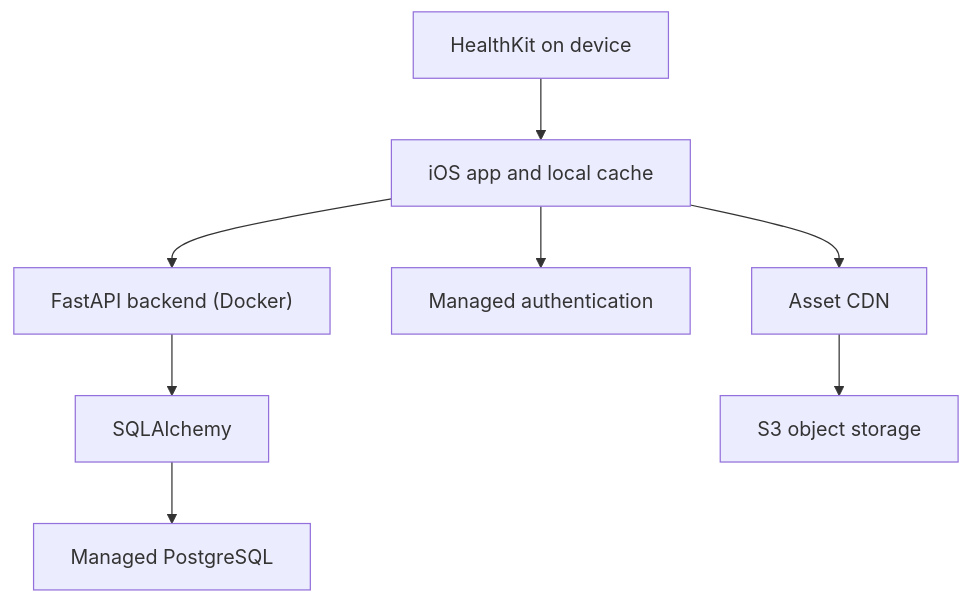
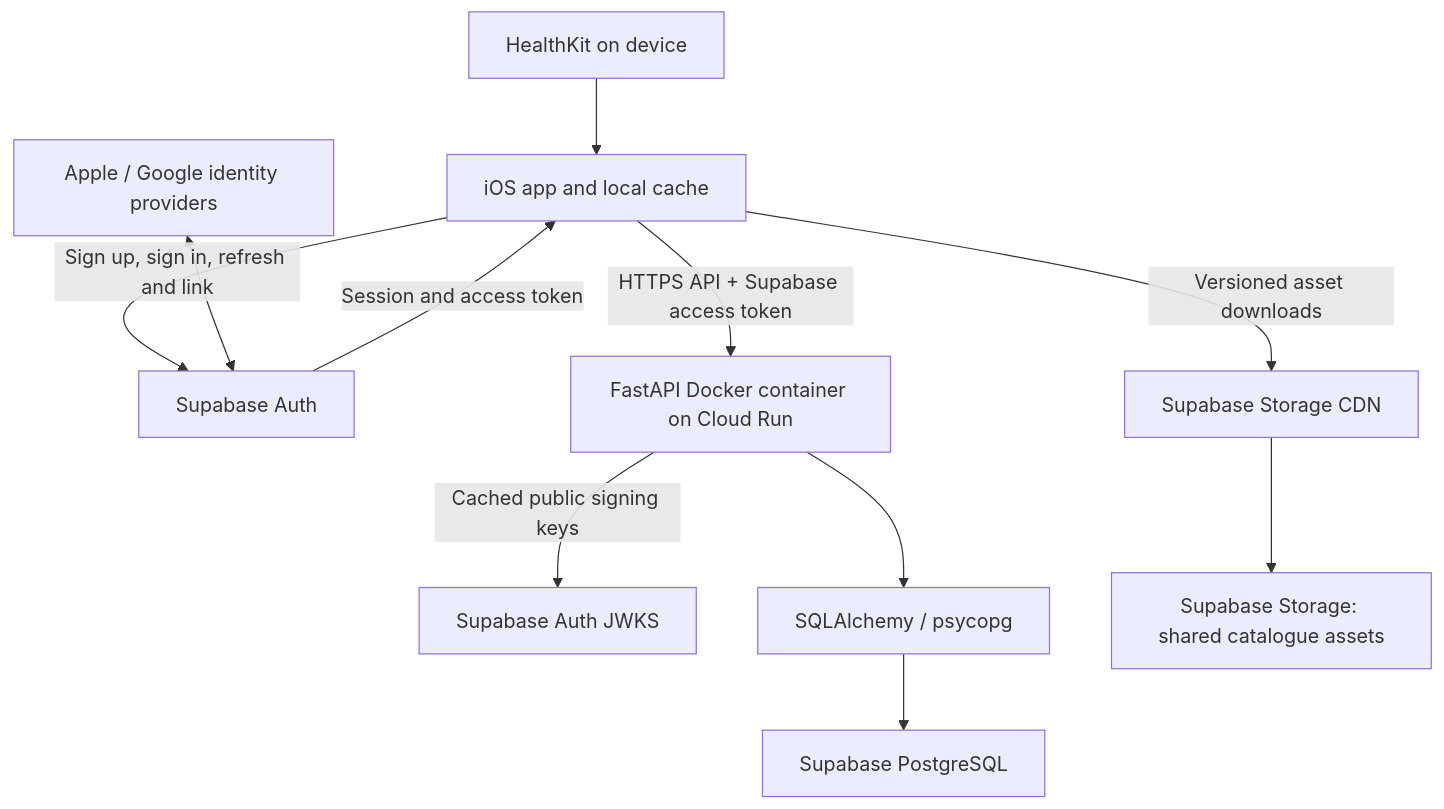
One commit to isaacwvh/forest_game changed the diagram in forest_game_v1_spec.md. Above: the diagram before and after it, drawn with Mermaid. The commit also changed other lines of this file and 134 other files, not shown here.

First line of the commit message:
Implement B4/B5 growth and sync, F5 integration and Supabase auth

````diff
--- a/forest_game_v1_spec.md
+++ b/forest_game_v1_spec.md
@@ -535,10 +550,13 @@
 ```mermaid
 flowchart TD
     H["HealthKit on device"] --> I["iOS app and local cache"]
-    I --> A["FastAPI backend (Docker)"]
-    A --> Q["SQLAlchemy"]
-    Q --> D["Managed PostgreSQL"]
-    I --> U["Managed authentication"]
-    I --> C["Asset CDN"]
-    C --> S["S3 object storage"]
+    I -->|"Sign up, sign in, refresh and link"| U["Supabase Auth"]
+    P["Apple / Google identity providers"] <--> U
+    U -->|"Session and access token"| I
+    I -->|"HTTPS API + Supabase access token"| A["FastAPI Docker container on Cloud Run"]
+    A -->|"Cached public signing keys"| J["Supabase Auth JWKS"]
+    A --> Q["SQLAlchemy / psycopg"]
+    Q --> D["Supabase PostgreSQL"]
+    I -->|"Versioned asset downloads"| C["Supabase Storage CDN"]
+    C --> S["Supabase Storage: shared catalogue assets"]
 ```
````
